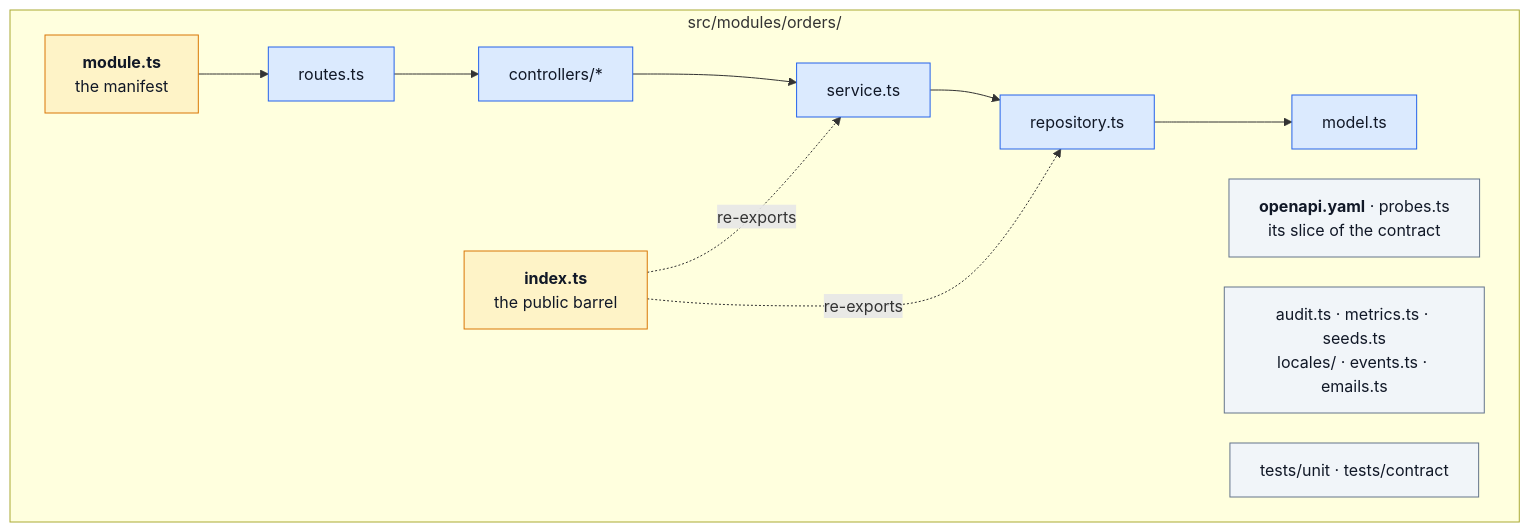
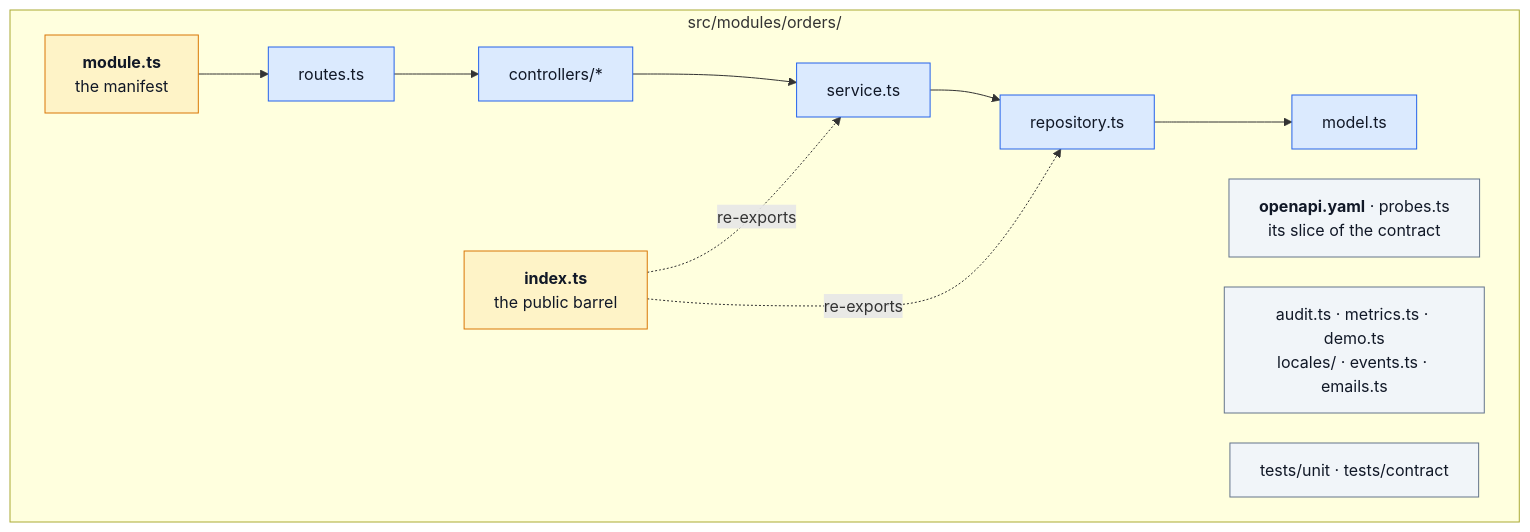
One commit to Guebbit/boilerplate-node-backend changed the fourth of 8 diagrams in docs/theory/modules.md. Above: the diagram before and after it, drawn with Mermaid. The commit also changed other lines of this file and 15 other files, not shown here.

````diff
--- a/docs/theory/modules.md
+++ b/docs/theory/modules.md
@@ -232,31 +232,31 @@
 ```mermaid
 %%{init: {'flowchart': {'nodeSpacing': 30, 'rankSpacing': 45}}}%%
 flowchart TD
     subgraph MOD["src/modules/orders/"]
         IDX["<b>index.ts</b><br/>the public barrel"]
         MAN["<b>module.ts</b><br/>the manifest"]
         RT["routes.ts"]
         CT["controllers/*"]
         SV["service.ts"]
         RP["repository.ts"]
         MD["model.ts"]
         CN["<b>openapi.yaml</b> · probes.ts<br/>its slice of the contract"]
-        EX["audit.ts · metrics.ts · seeds.ts<br/>locales/ · events.ts · emails.ts"]
+        EX["audit.ts · metrics.ts · demo.ts<br/>locales/ · events.ts · emails.ts"]
         TS["tests/unit · tests/contract"]
     end
 
     MAN --> RT
     RT --> CT
     CT --> SV
     SV --> RP
     RP --> MD
     IDX -.->|re-exports| SV
     IDX -.->|re-exports| RP
 
     classDef front fill:#fef3c7,stroke:#d97706,color:#111827;
     classDef layer fill:#dbeafe,stroke:#2563eb,color:#111827;
     classDef side fill:#f1f5f9,stroke:#64748b,color:#111827;
     class IDX,MAN front;
     class RT,CT,SV,RP,MD layer;
     class CN,EX,TS side;
 ```
````
